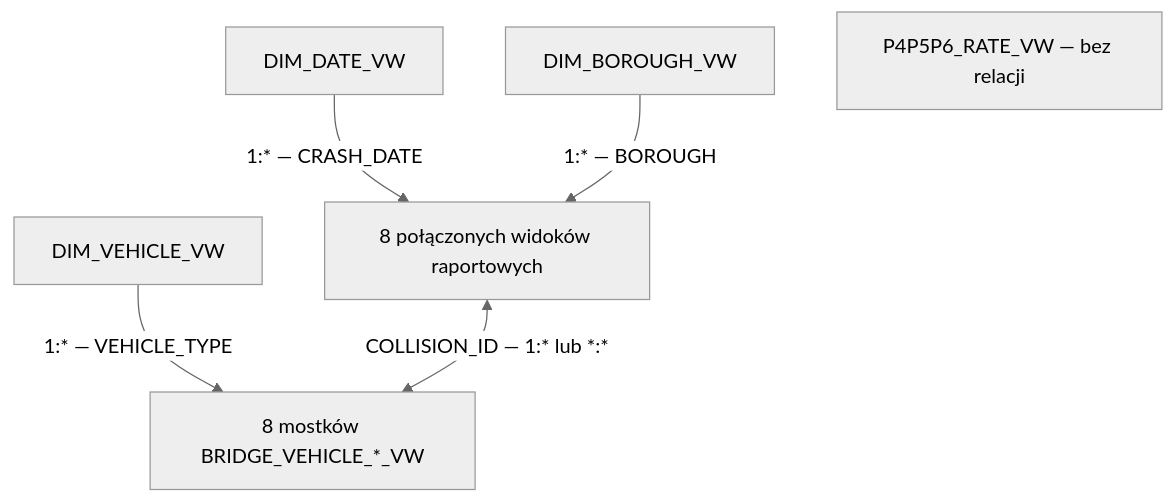
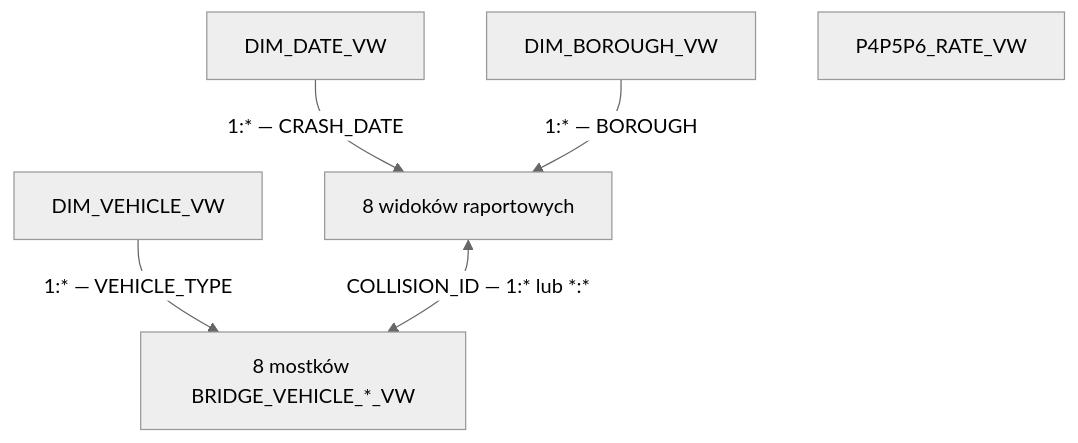
One commit to PBugowski/PBugowski.github.io changed the diagram in 1/README.md. Above: the diagram before and after it, drawn with Mermaid (neutral theme).

````diff
--- a/1/README.md
+++ b/1/README.md
@@ -279,8 +279,8 @@
 ```mermaid
 flowchart TD
-    D["DIM_DATE_VW"] -->|"1:* — CRASH_DATE"| R["8 połączonych widoków raportowych"]
+    D["DIM_DATE_VW"] -->|"1:* — CRASH_DATE"| R["8 widoków raportowych"]
     B["DIM_BOROUGH_VW"] -->|"1:* — BOROUGH"| R
     V["DIM_VEHICLE_VW"] -->|"1:* — VEHICLE_TYPE"| K["8 mostków BRIDGE_VEHICLE_*_VW"]
     R <-->|"COLLISION_ID — 1:* lub *:*"| K
-    S["P4P5P6_RATE_VW — bez relacji"]
+    S["P4P5P6_RATE_VW"]
 ```
````
